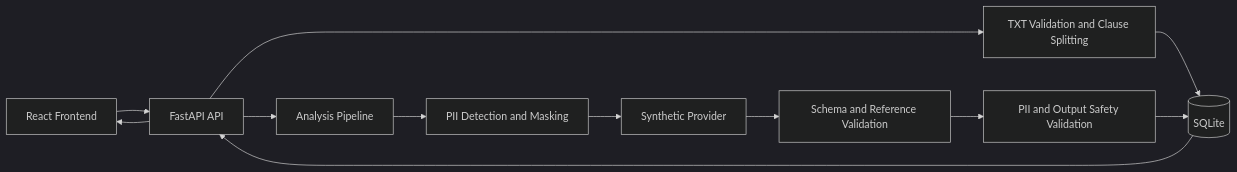
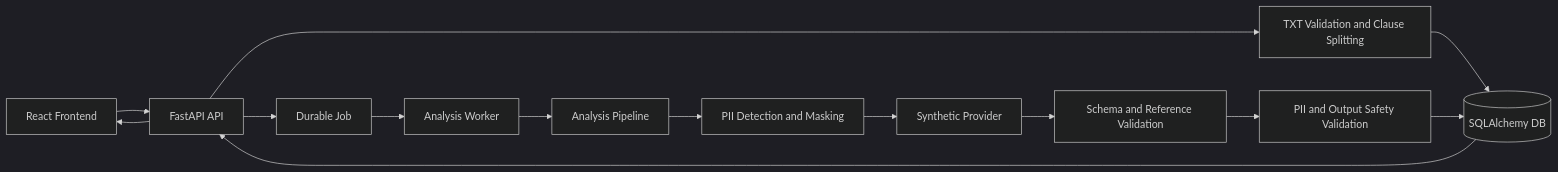
Before and after one commit to wlrjs1300-coder/Contract-check-ai: the diagram in README.md, drawn with Mermaid (dark theme). The commit also changed other lines of this file and 3 other files, not shown here.

````diff
--- a/README.md
+++ b/README.md
@@ -63,14 +66,16 @@
 ```mermaid
 flowchart LR
     UI[React Frontend] --> API[FastAPI API]
     API --> DOC[TXT Validation and Clause Splitting]
-    DOC --> DB[(SQLite)]
-    API --> PIPE[Analysis Pipeline]
+    DOC --> DB[(SQLAlchemy DB)]
+    API --> JOB[Durable Job]
+    JOB --> WORKER[Analysis Worker]
+    WORKER --> PIPE[Analysis Pipeline]
     PIPE --> MASK[PII Detection and Masking]
     MASK --> SYN[Synthetic Provider]
     SYN --> VALID[Schema and Reference Validation]
     VALID --> SAFE[PII and Output Safety Validation]
     SAFE --> DB
     DB --> API
     API --> UI
 ```
````
